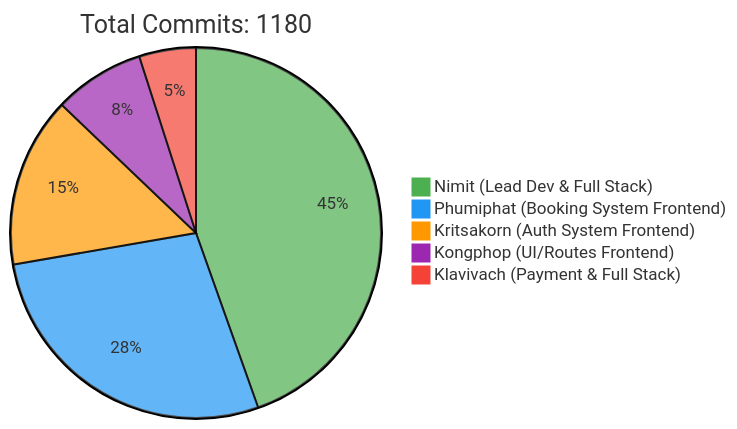
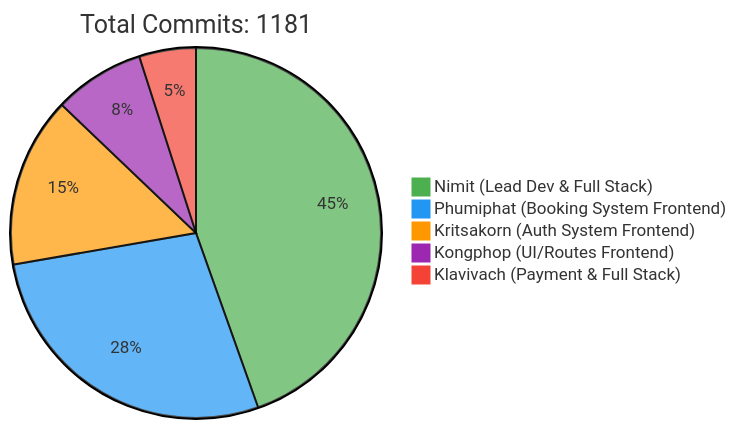
The first of 2 diagrams in README.md (6531503042/Sport-Complex), drawn with Mermaid before and after one commit. The commit also changed other lines of this file, not shown here.

Commit message:
docs: Update contributor statistics [skip ci]

````diff
--- a/README.md
+++ b/README.md
@@ -257,10 +257,10 @@
 ```mermaid
 %%{init: {'theme': 'base', 'themeVariables': { 'pie1': '#4CAF50', 'pie2': '#2196F3', 'pie3': '#FF9800', 'pie4': '#9C27B0', 'pie5': '#F44336'}}}%%
 pie
-    title Total Commits: 1180
+    title Total Commits: 1181
     "Nimit (Lead Dev & Full Stack)" : 450
     "Phumiphat (Booking System Frontend)" : 280
     "Kritsakorn (Auth System Frontend)" : 150
     "Kongphop (UI/Routes Frontend)" : 80
     "Klavivach (Payment & Full Stack)" : 50
 ```
````
